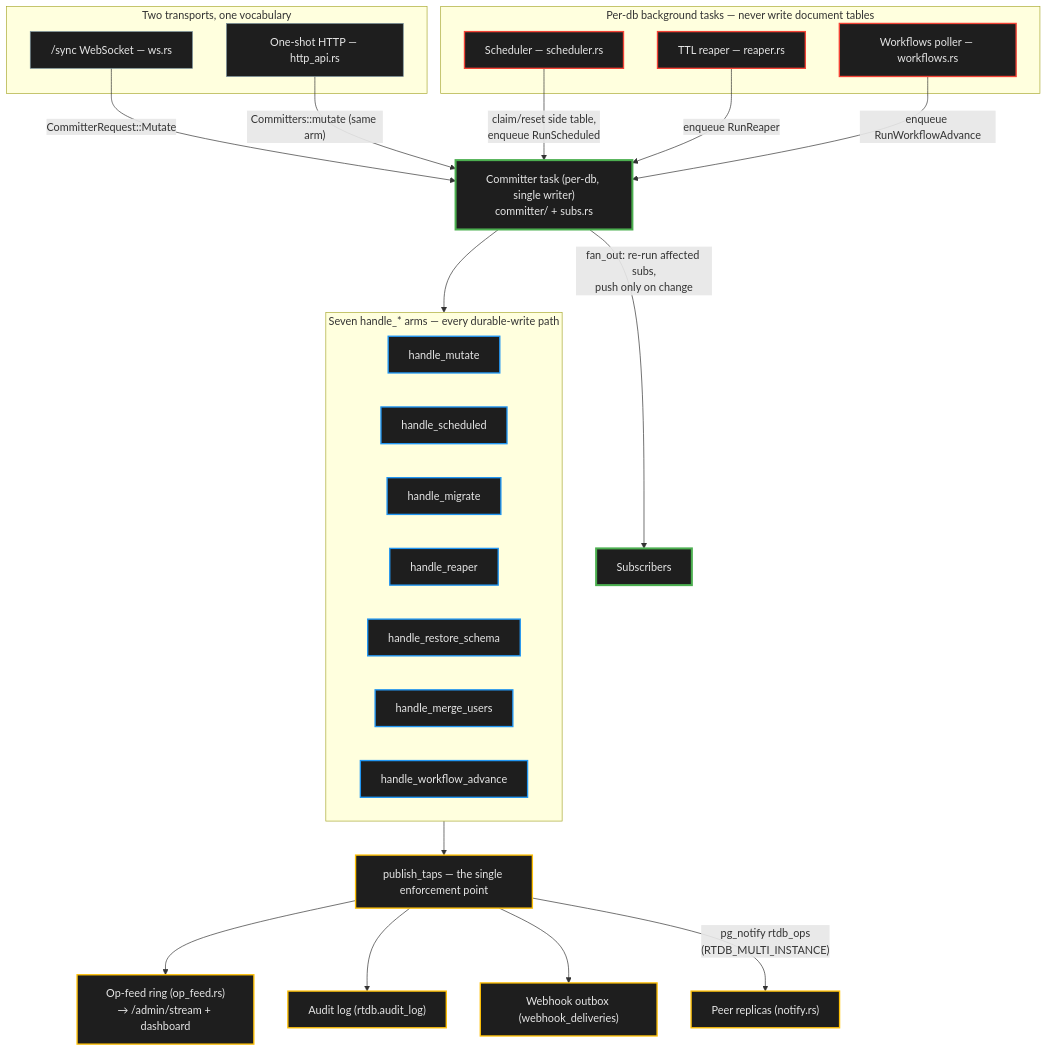
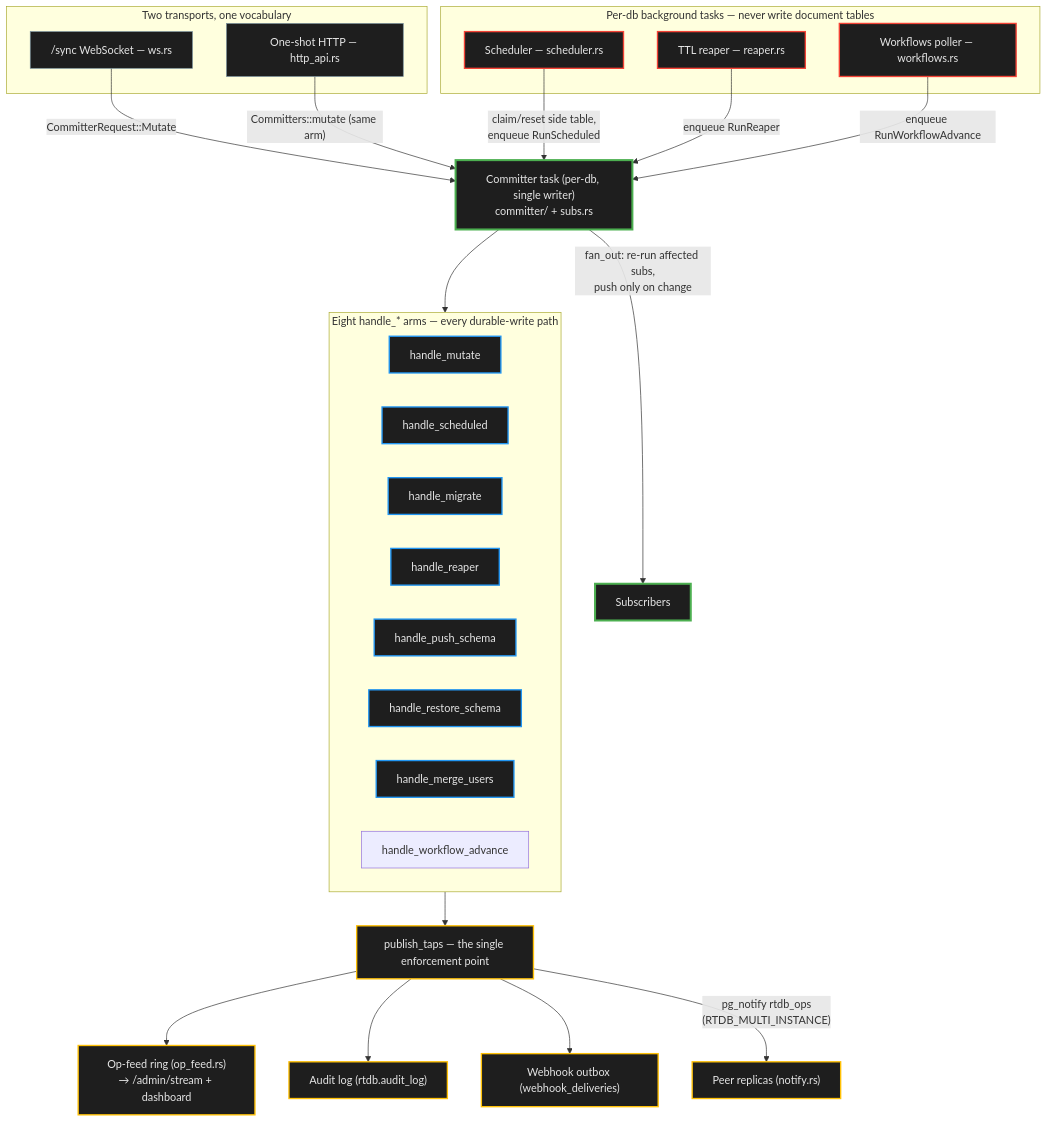
The second of 4 diagrams in docs/ARCHITECTURE.md (paulrobello/par-rt-db), drawn with Mermaid before and after one commit. The commit also changed other lines of this file and 28 other files, not shown here.

Commit message:
docs: fix audit findings DOC-002..DOC-030 across READMEs, architecture, and client docstrings

````diff
--- a/docs/ARCHITECTURE.md
+++ b/docs/ARCHITECTURE.md
@@ -44,54 +73,55 @@
 ```mermaid
 graph TD
     subgraph transports["Two transports, one vocabulary"]
         WS["/sync WebSocket — ws.rs"]
         HTTP["One-shot HTTP — http_api.rs"]
     end
 
     CO["Committer task (per-db, single writer)<br />committer/ + subs.rs"]
 
     WS -->|"CommitterRequest::Mutate"| CO
     HTTP -->|"Committers::mutate (same arm)"| CO
 
-    subgraph arms["Seven handle_* arms — every durable-write path"]
+    subgraph arms["Eight handle_* arms — every durable-write path"]
         A1["handle_mutate"]
         A2["handle_scheduled"]
         A3["handle_migrate"]
         A4["handle_reaper"]
-        A5["handle_restore_schema"]
-        A6["handle_merge_users"]
-        A7["handle_workflow_advance"]
+        A5["handle_push_schema"]
+        A6["handle_restore_schema"]
+        A7["handle_merge_users"]
+        A8["handle_workflow_advance"]
     end
 
     CO --> arms
     PT["publish_taps — the single enforcement point"]
     arms --> PT
 
     PT --> OP["Op-feed ring (op_feed.rs)<br />→ /admin/stream + dashboard"]
     PT --> AU["Audit log (rtdb.audit_log)"]
     PT --> WH["Webhook outbox (webhook_deliveries)"]
     PT -->|"pg_notify rtdb_ops<br />(RTDB_MULTI_INSTANCE)"| NT["Peer replicas (notify.rs)"]
 
     CO -->|"fan_out: re-run affected subs,<br />push only on change"| SUBS["Subscribers"]
 
     subgraph tasks["Per-db background tasks — never write document tables"]
         SC["Scheduler — scheduler.rs"]
         RE["TTL reaper — reaper.rs"]
         WF["Workflows poller — workflows.rs"]
     end
 
     SC -->|"claim/reset side table,<br />enqueue RunScheduled"| CO
     RE -->|"enqueue RunReaper"| CO
     WF -->|"enqueue RunWorkflowAdvance"| CO
 
     classDef core fill:#1E1E1E,stroke:#4CAF50,stroke-width:3px,color:#E6E6E6
     classDef arm fill:#1E1E1E,stroke:#2196F3,stroke-width:2px,color:#E6E6E6
     classDef tap fill:#1E1E1E,stroke:#FFC107,stroke-width:2px,color:#E6E6E6
     classDef task fill:#1E1E1E,stroke:#F44336,stroke-width:2px,color:#E6E6E6
     classDef plain fill:#1E1E1E,stroke:#78909c,stroke-width:1px,color:#E6E6E6
     class CO,SUBS core
     class A1,A2,A3,A4,A5,A6,A7 arm
     class PT,OP,AU,WH,NT tap
     class SC,RE,WF task
     class WS,HTTP plain
 ```
````
